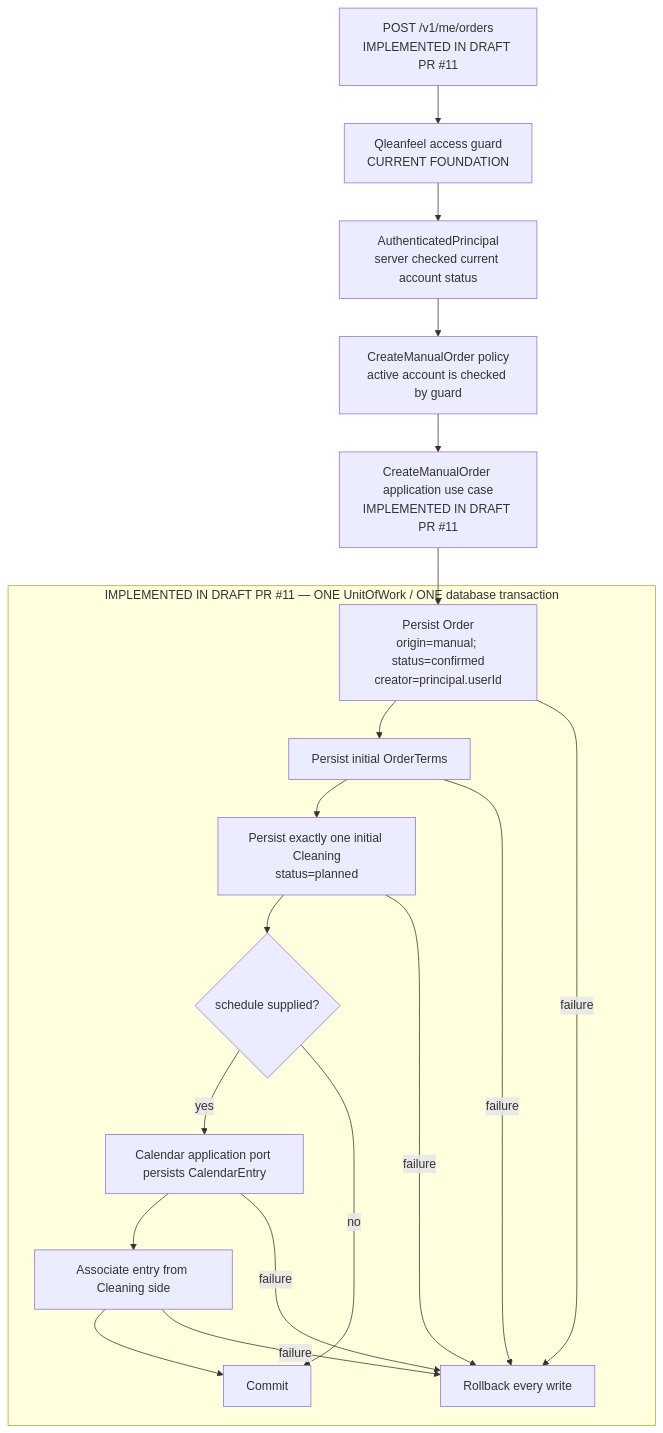
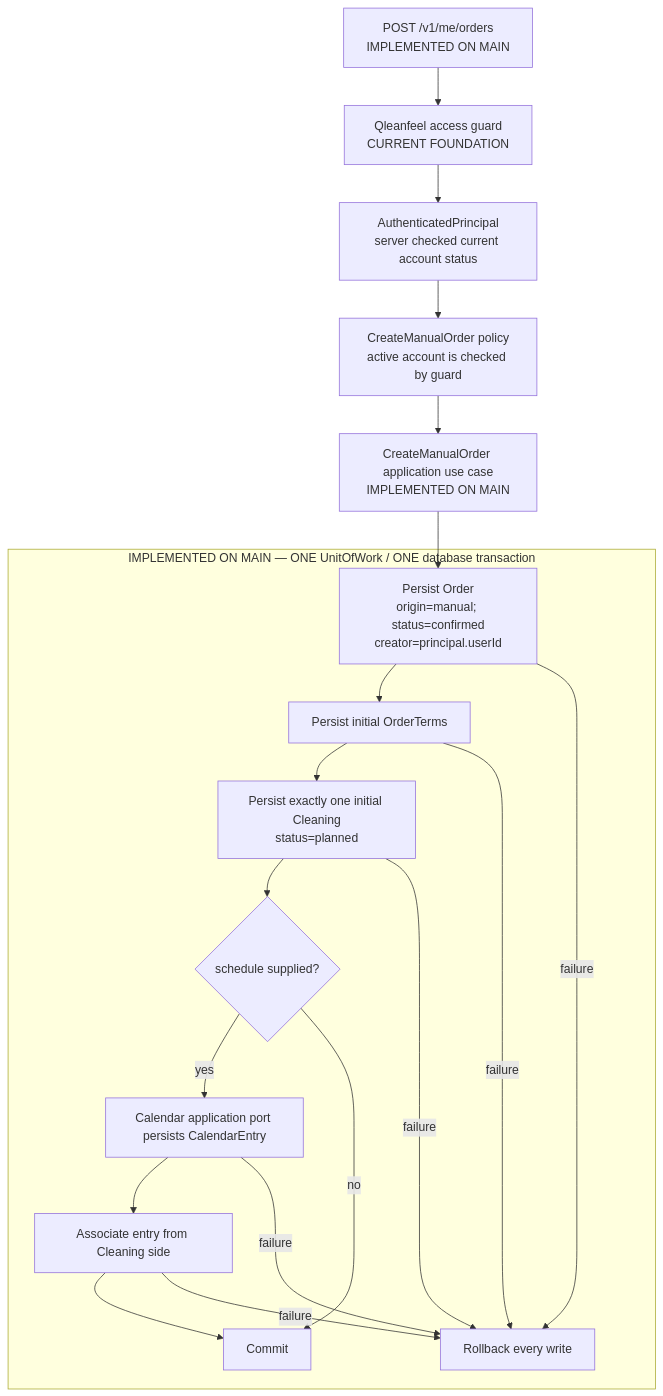
One commit to qleanfeel-bot/qleanfeel-rn changed the sixth of 7 diagrams in docs/ARCHITECTURE_MAP.md. Above: the diagram before and after it, drawn with Mermaid. The commit also changed other lines of this file and 8 other files, not shown here.

````diff
--- a/docs/ARCHITECTURE_MAP.md
+++ b/docs/ARCHITECTURE_MAP.md
@@ -212,28 +212,28 @@
 ```mermaid
 flowchart TB
-  Request["POST /v1/me/orders<br/>IMPLEMENTED IN DRAFT PR #11"] --> Guard["Qleanfeel access guard<br/>CURRENT FOUNDATION"]
+  Request["POST /v1/me/orders<br/>IMPLEMENTED ON MAIN"] --> Guard["Qleanfeel access guard<br/>CURRENT FOUNDATION"]
   Guard --> Principal["AuthenticatedPrincipal<br/>server checked current account status"]
   Principal --> Policy["CreateManualOrder policy<br/>active account is checked by guard"]
-  Policy --> UseCase["CreateManualOrder application use case<br/>IMPLEMENTED IN DRAFT PR #11"]
+  Policy --> UseCase["CreateManualOrder application use case<br/>IMPLEMENTED ON MAIN"]
 
-  subgraph UOW["IMPLEMENTED IN DRAFT PR #11 — ONE UnitOfWork / ONE database transaction"]
+  subgraph UOW["IMPLEMENTED ON MAIN — ONE UnitOfWork / ONE database transaction"]
     SaveOrder["Persist Order<br/>origin=manual; status=confirmed<br/>creator=principal.userId"]
     SaveTerms["Persist initial OrderTerms"]
     SaveCleaning["Persist exactly one initial Cleaning<br/>status=planned"]
     Schedule{"schedule supplied?"}
     SaveEntry["Calendar application port persists CalendarEntry"]
     Associate["Associate entry from Cleaning side"]
     Commit["Commit"]
     Rollback["Rollback every write"]
     SaveOrder --> SaveTerms --> SaveCleaning --> Schedule
     Schedule -->|"yes"| SaveEntry --> Associate --> Commit
     Schedule -->|"no"| Commit
     SaveOrder -->|"failure"| Rollback
     SaveTerms -->|"failure"| Rollback
     SaveEntry -->|"failure"| Rollback
     SaveCleaning -->|"failure"| Rollback
     Associate -->|"failure"| Rollback
   end
 
   UseCase --> SaveOrder
 ```
````
